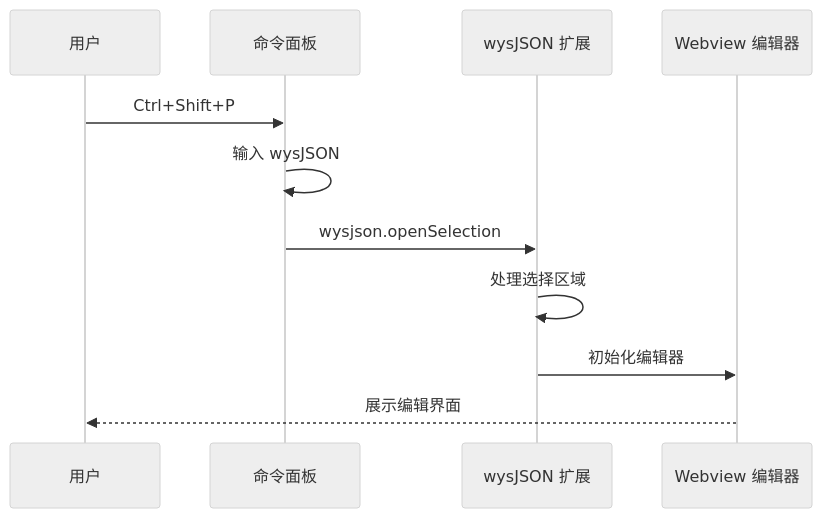
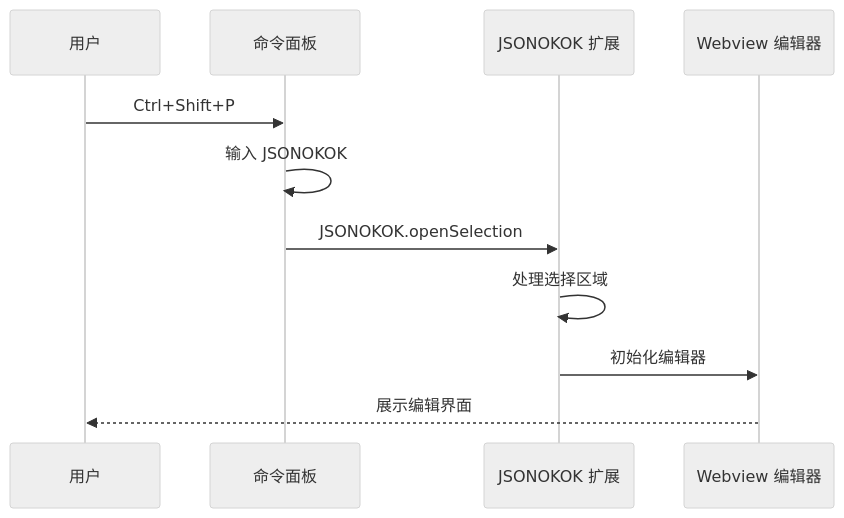
The second of 2 diagrams in .qoder/repowiki/zh/content/快速开始.md (meiok1/wysjson), drawn with Mermaid (neutral theme) before and after one commit. The commit also changed other lines of this file and 390 other files, not shown here.

````diff
--- a/.qoder/repowiki/zh/content/快速开始.md
+++ b/.qoder/repowiki/zh/content/快速开始.md
@@ -163,13 +163,13 @@
 ```mermaid
 sequenceDiagram
 participant User as 用户
 participant Panel as 命令面板
-participant Extension as wysJSON 扩展
+participant Extension as JSONOKOK 扩展
 participant WebView as Webview 编辑器
 User->>Panel : Ctrl+Shift+P
-Panel->>Panel : 输入 wysJSON
-Panel->>Extension : wysjson.openSelection
+Panel->>Panel : 输入 JSONOKOK
+Panel->>Extension : JSONOKOK.openSelection
 Extension->>Extension : 处理选择区域
 Extension->>WebView : 初始化编辑器
 WebView-->>User : 展示编辑界面
 ```
````
